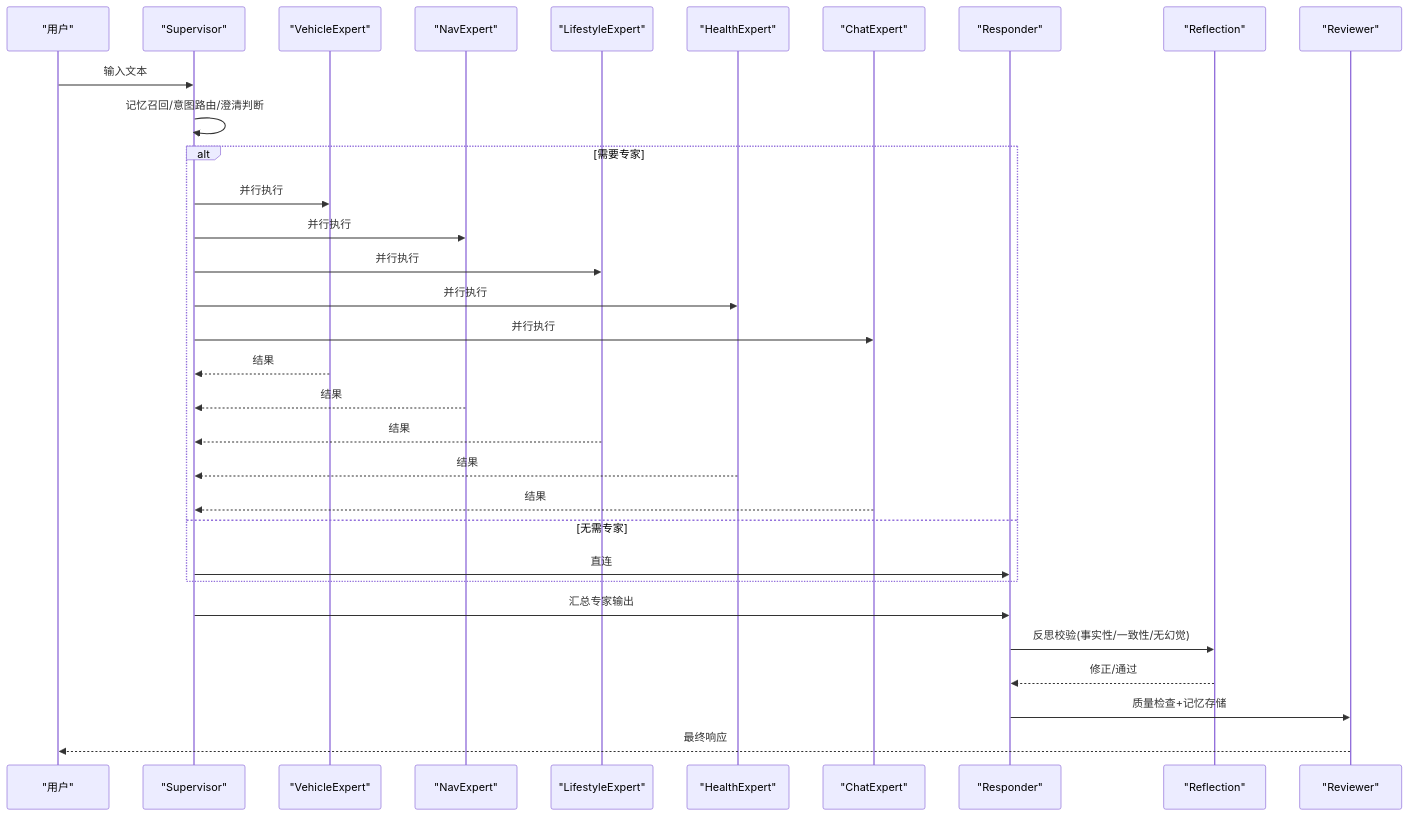
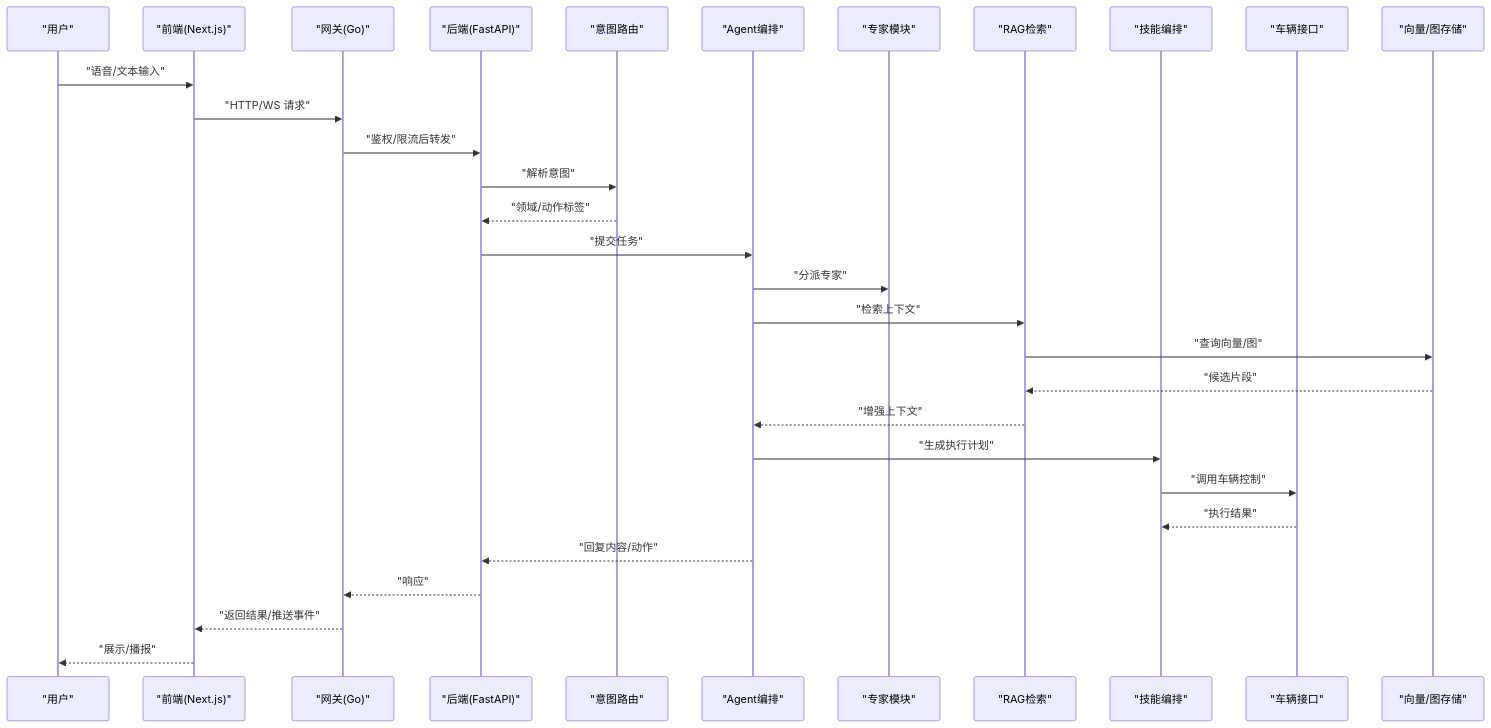
Before and after one commit to zmdhdu/NexusCockpit: the second of 11 diagrams in .qoder/repowiki/zh/content/项目概述/项目概述.md, drawn with Mermaid. The commit also changed other lines of this file and 535 other files, not shown here.

````diff
--- a/.qoder/repowiki/zh/content/项目概述/项目概述.md
+++ b/.qoder/repowiki/zh/content/项目概述/项目概述.md
@@ -154,34 +197,32 @@
 ```mermaid
 sequenceDiagram
 participant U as "用户"
-participant S as "Supervisor"
-participant V as "VehicleExpert"
-participant N as "NavExpert"
-participant L as "LifestyleExpert"
-participant H as "HealthExpert"
-participant C as "ChatExpert"
-participant R as "Responder"
-participant X as "Reflection"
-participant RV as "Reviewer"
-U->>S : 输入文本
-S->>S : 记忆召回/意图路由/澄清判断
-alt 需要专家
-S->>V : 并行执行
-S->>N : 并行执行
-S->>L : 并行执行
-S->>H : 并行执行
-S->>C : 并行执行
-V-->>S : 结果
-N-->>S : 结果
-L-->>S : 结果
-H-->>S : 结果
-C-->>S : 结果
-else 无需专家
-S->>R : 直连
-end
-S->>R : 汇总专家输出
-R->>X : 反思校验(事实性/一致性/无幻觉)
-X-->>R : 修正/通过
-R->>RV : 质量检查+记忆存储
-RV-->>U : 最终响应
+participant FE as "前端(Next.js)"
+participant GW as "网关(Go)"
+participant API as "后端(FastAPI)"
+participant INT as "意图路由"
+participant AG as "Agent编排"
+participant EXP as "专家模块"
+participant RAG as "RAG检索"
+participant SK as "技能编排"
+participant V as "车辆接口"
+participant DB as "向量/图存储"
+U->>FE : "语音/文本输入"
+FE->>GW : "HTTP/WS 请求"
+GW->>API : "鉴权/限流后转发"
+API->>INT : "解析意图"
+INT-->>API : "领域/动作标签"
+API->>AG : "提交任务"
+AG->>EXP : "分派专家"
+AG->>RAG : "检索上下文"
+RAG->>DB : "查询向量/图"
+DB-->>RAG : "候选片段"
+RAG-->>AG : "增强上下文"
+AG->>SK : "生成执行计划"
+SK->>V : "调用车辆控制"
+V-->>SK : "执行结果"
+AG-->>API : "回复内容/动作"
+API-->>GW : "响应"
+GW-->>FE : "返回结果/推送事件"
+FE-->>U : "展示/播报"
 ```
````
